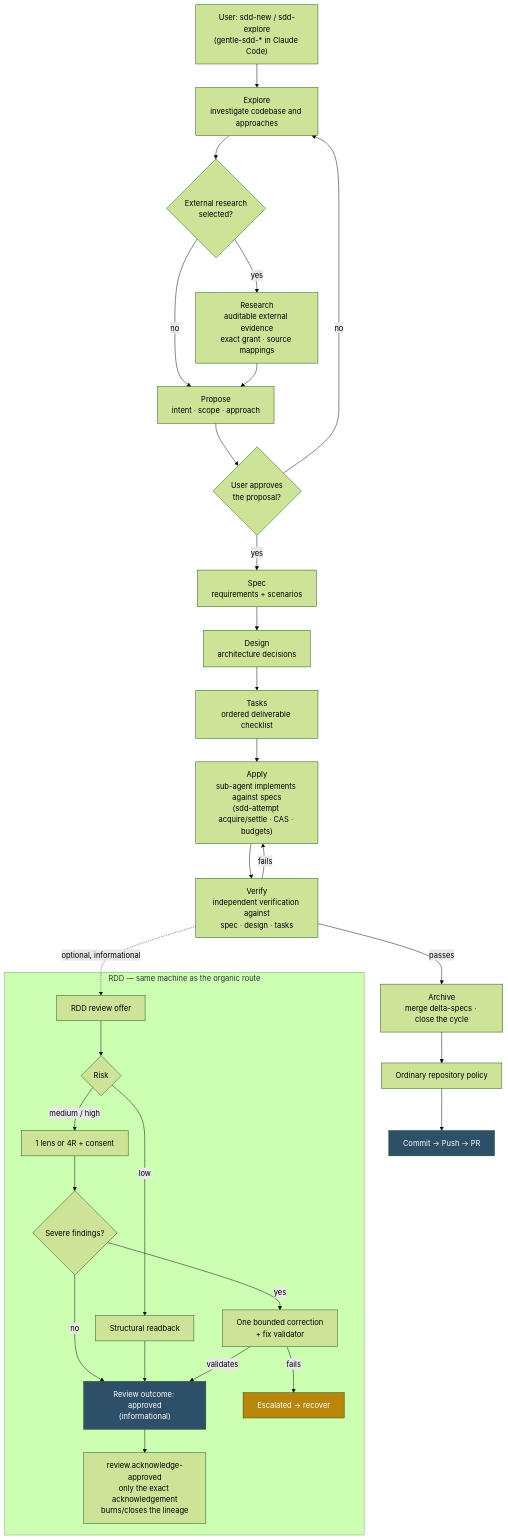
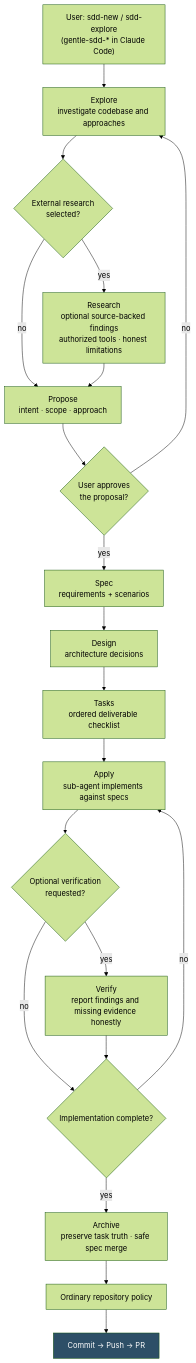
The diagram in docs/intended-usage.md (Gentleman-Programming/gentle-ai), drawn with Mermaid (forest theme) before and after one commit. The commit also changed other lines of this file and 258 other files, not shown here.

````diff
--- a/docs/intended-usage.md
+++ b/docs/intended-usage.md
@@ -183,38 +183,24 @@
 ```mermaid
 flowchart TD
     A["User: sdd-new / sdd-explore<br/>(gentle-sdd-* in Claude Code)"] --> B["Explore<br/>investigate codebase and approaches"]
     B --> BR{"External research<br/>selected?"}
-    BR -->|"yes"| BX["Research<br/>auditable external evidence<br/>exact grant · source mappings"]
+    BR -->|"yes"| BX["Research<br/>optional source-backed findings<br/>authorized tools · honest limitations"]
     BR -->|"no"| C["Propose<br/>intent · scope · approach"]
     BX --> C
     C --> D{"User approves<br/>the proposal?"}
     D -->|"no"| B
     D -->|"yes"| E["Spec<br/>requirements + scenarios"]
     E --> F["Design<br/>architecture decisions"]
     F --> G["Tasks<br/>ordered deliverable checklist"]
-    G --> H["Apply<br/>sub-agent implements against specs<br/>(sdd-attempt acquire/settle · CAS · budgets)"]
-    H --> Q["Verify<br/>independent verification against<br/>spec · design · tasks"]
-    Q -->|"passes"| R["Archive<br/>merge delta-specs · close the cycle"]
-    Q -->|"fails"| H
-    Q -.->|"optional, informational"| I["RDD review offer"]
-
-    subgraph RDD["RDD — same machine as the organic route"]
-        I --> J{"Risk"}
-        J -->|"low"| K["Structural readback"]
-        J -->|"medium / high"| L["1 lens or 4R + consent"]
-        L --> M{"Severe findings?"}
-        M -->|"yes"| N["One bounded correction<br/>+ fix validator"]
-        M -->|"no"| O["Review outcome: approved<br/>(informational)"]
-        K --> O
-        N -->|"validates"| O
-        N -->|"fails"| P["Escalated → recover"]
-        O --> AK["review.acknowledge-approved<br/>only the exact acknowledgement<br/>burns/closes the lineage"]
-    end
-
+    G --> H["Apply<br/>sub-agent implements against specs"]
+    H --> V{"Optional verification<br/>requested?"}
+    V -->|"yes"| Q["Verify<br/>report findings and missing evidence honestly"]
+    V -->|"no"| W{"Implementation complete?"}
+    Q --> W
+    W -->|"no"| H
+    W -->|"yes"| R["Archive<br/>preserve task truth · safe spec merge"]
     R --> S["Ordinary repository policy"]
     S --> T["Commit → Push → PR"]
 
-    style O fill:#2D4F67,color:#fff
-    style P fill:#B8860B,color:#fff
     style T fill:#2D4F67,color:#fff
 ```
````
